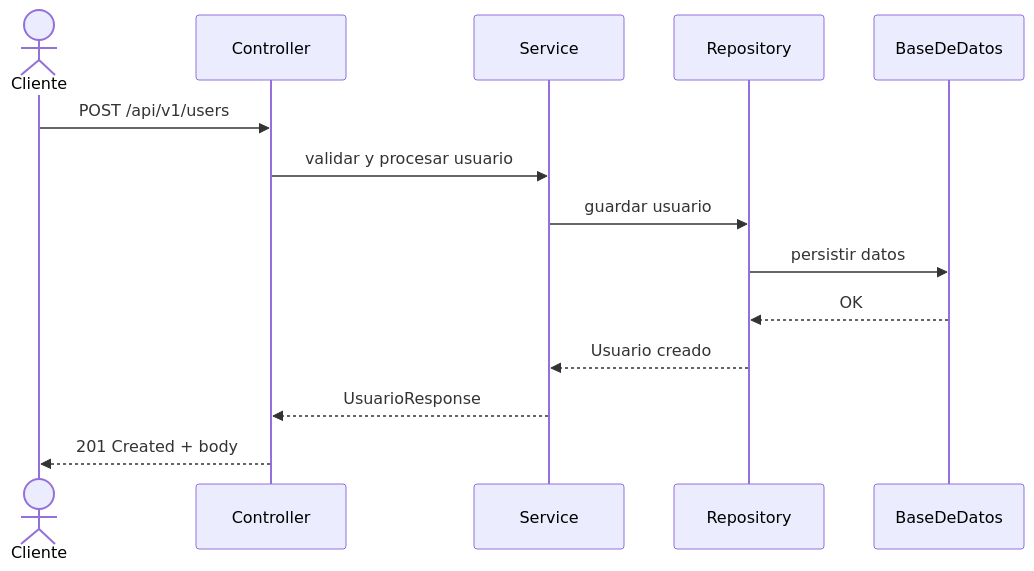
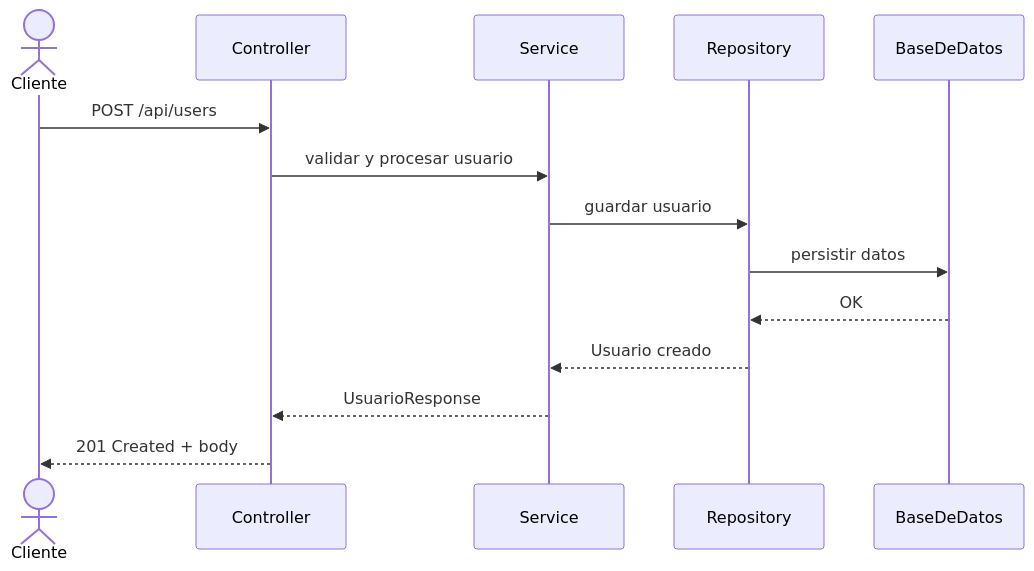
One commit to rhodan1/challengejava202507 changed the diagram in Readme.md. Above: the diagram before and after it, drawn with Mermaid.

````diff
--- a/Readme.md
+++ b/Readme.md
@@ -32,17 +32,17 @@
 ```mermaid
 sequenceDiagram
     actor Cliente
     participant Controller
     participant Service
     participant Repository
     participant BaseDeDatos
 
-    Cliente->>Controller: POST /api/v1/users
+    Cliente->>Controller: POST /api/users
     Controller->>Service: validar y procesar usuario
     Service->>Repository: guardar usuario
     Repository->>BaseDeDatos: persistir datos
     BaseDeDatos-->>Repository: OK
     Repository-->>Service: Usuario creado
     Service-->>Controller: UsuarioResponse
     Controller-->>Cliente: 201 Created + body
 ```
````
